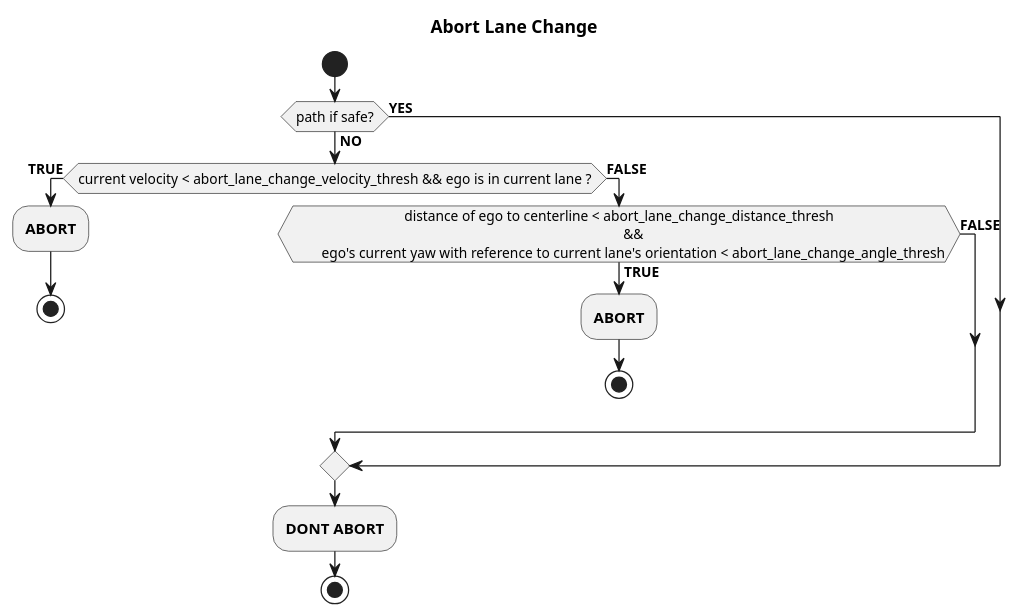
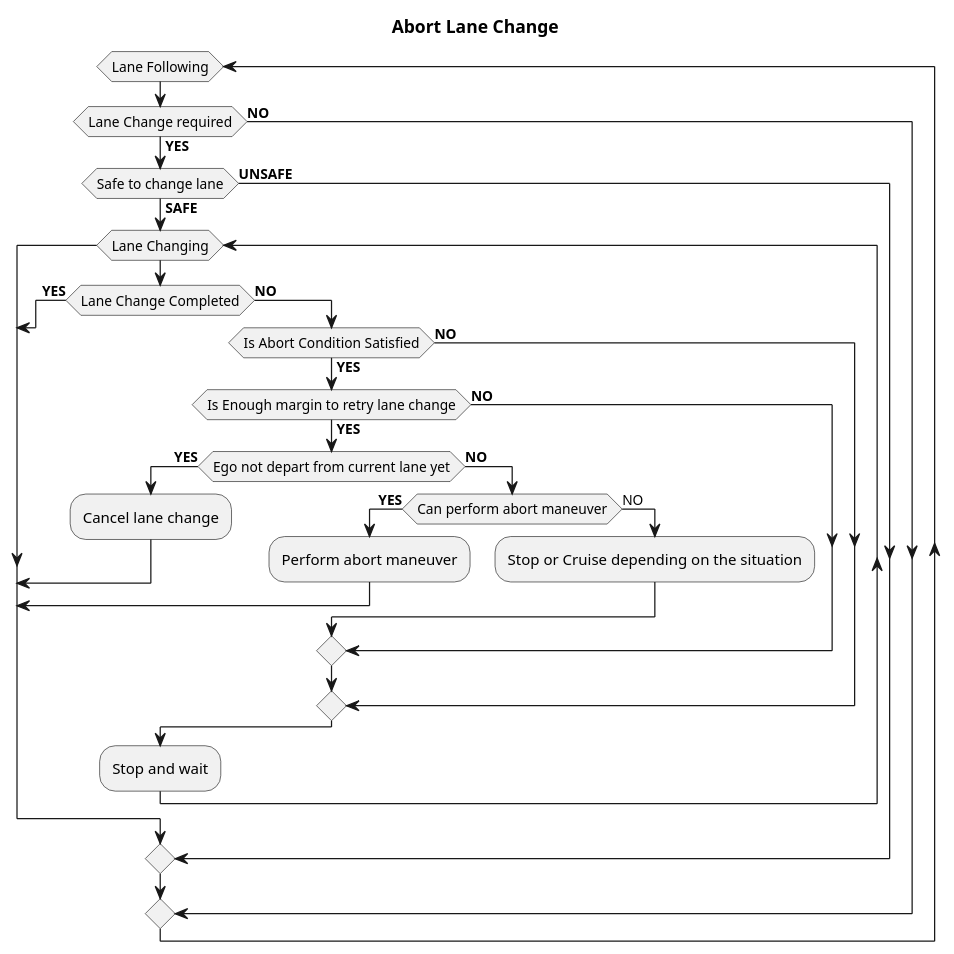
One commit to autowarefoundation/autoware changed the fourth of 4 diagrams in planning/behavior_path_planner/behavior_path_planner_lane_change.md. Above: the diagram before and after it, drawn with PlantUML. The commit also changed other lines of this file and 4 other files, not shown here.

First line of the commit message:
feat(behavior path planner): lane change cancel/abort docs update (#2599)

````diff
--- a/planning/behavior_path_planner/behavior_path_planner_lane_change.md
+++ b/planning/behavior_path_planner/behavior_path_planner_lane_change.md
@@ -341,26 +338,43 @@
 ```plantuml
 @startuml
 skinparam monochrome true
 skinparam defaultTextAlignment center
 
 title Abort Lane Change
-start
-if (path if safe?) then (**NO**)
-    if (current velocity < abort_lane_change_velocity_thresh && ego is in current lane ?) then (**TRUE**)
-    :**ABORT**;
-    stop
-    else (**FALSE**)
-        if (distance of ego to centerline < abort_lane_change_distance_thresh
-        &&
-        ego's current yaw with reference to current lane's orientation < abort_lane_change_angle_thresh) then (**TRUE**)
-        :**ABORT**;
-        stop
-        else (**FALSE**)
+
+while(Lane Following)
+  if (Lane Change required) then (**YES**)
+    if (Safe to change lane) then (**SAFE**)
+      while(Lane Changing)
+        if (Lane Change Completed) then (**YES**)
+        break
+        else (**NO**)
+          if (Is Abort Condition Satisfied) then (**NO**)
+          else (**YES**)
+            if (Is Enough margin to retry lane change) then (**YES**)
+              if (Ego not depart from current lane yet) then (**YES**)
+              :Cancel lane change;
+              break
+              else (**NO**)
+              if (Can perform abort maneuver) then (**YES**)
+              :Perform abort maneuver;
+              break
+              else (NO)
+              :Stop or Cruise depending on the situation;
+              endif
+            endif
+          else (**NO**)
+          endif
         endif
+        endif
+      :Stop and wait;
+      endwhile
+    else (**UNSAFE**)
     endif
-else (**YES**)
-endif
-:**DONT ABORT**;
-stop
+  else (**NO**)
+  endif
+endwhile
+-[hidden]->
+detach
 @enduml
 ```
````
